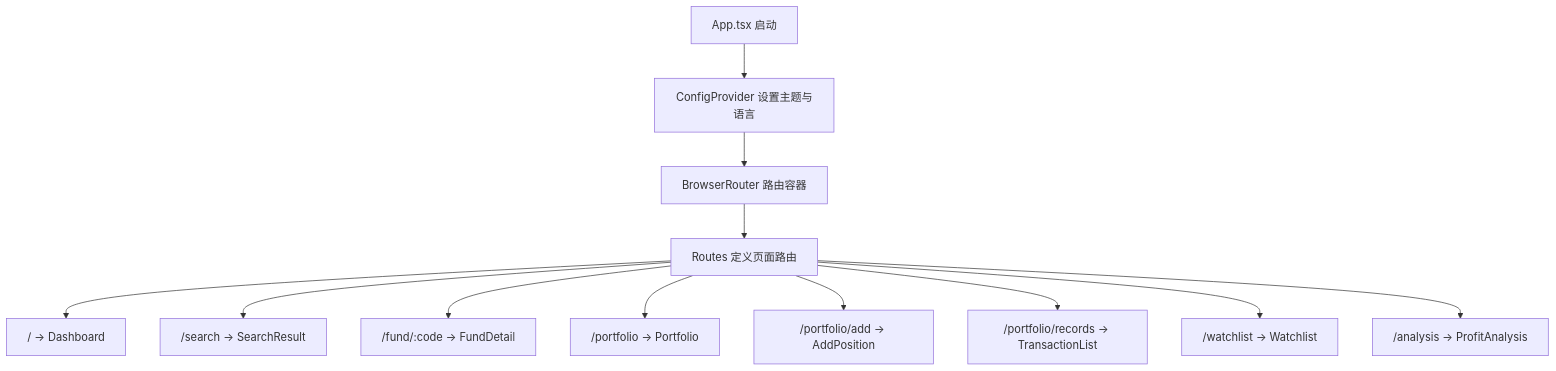
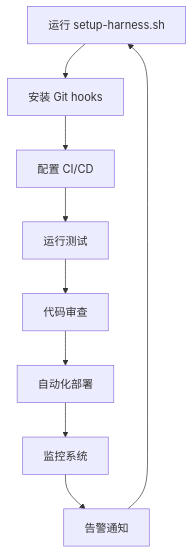
Before and after one commit to gree-coder/fund-butler: the sixth of 7 diagrams in .qoder/repowiki/zh/content/Agents Maintenance.md, drawn with Mermaid. The commit also changed other lines of this file and 7 other files, not shown here.

Commit message:
fix: 修复收益趋势图全0问题，实现历史收益计算逻辑

````diff
--- a/.qoder/repowiki/zh/content/Agents Maintenance.md
+++ b/.qoder/repowiki/zh/content/Agents Maintenance.md
@@ -256,14 +315,11 @@
 ```mermaid
 flowchart TD
-A["App.tsx 启动"] --> B["ConfigProvider 设置主题与语言"]
-B --> C["BrowserRouter 路由容器"]
-C --> D["Routes 定义页面路由"]
-D --> E["/ → Dashboard"]
-D --> F["/search → SearchResult"]
-D --> G["/fund/:code → FundDetail"]
-D --> H["/portfolio → Portfolio"]
-D --> I["/portfolio/add → AddPosition"]
-D --> J["/portfolio/records → TransactionList"]
-D --> K["/watchlist → Watchlist"]
-D --> L["/analysis → ProfitAnalysis"]
+Setup["运行 setup-harness.sh"] --> InstallHooks["安装 Git hooks"]
+InstallHooks --> ConfigCI["配置 CI/CD"]
+ConfigCI --> TestRun["运行测试"]
+TestRun --> CodeReview["代码审查"]
+CodeReview --> Deploy["自动化部署"]
+Deploy --> Monitor["监控系统"]
+Monitor --> Alert["告警通知"]
+Alert --> Setup
 ```
````
